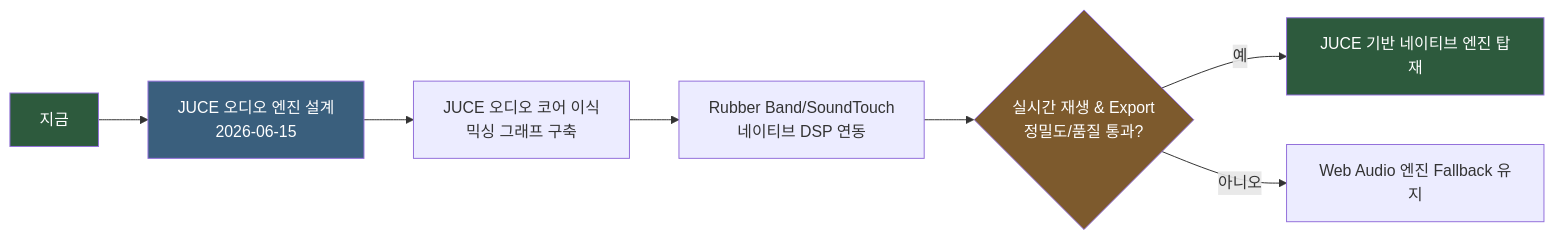
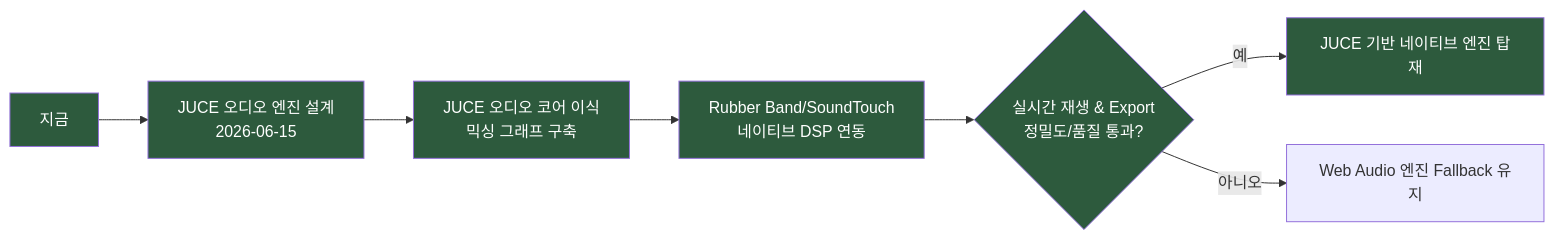
The fifth of 5 diagrams in 개발-프로세스.md (limsunglyong/FocusDAW-Studio), drawn with Mermaid before and after one commit. The commit also changed other lines of this file and 5 other files, not shown here.

````diff
--- a/개발-프로세스.md
+++ b/개발-프로세스.md
@@ -184,14 +172,16 @@
 ```mermaid
 flowchart LR
     NOW["지금"] --> JUCE_DESIGN[JUCE 오디오 엔진 설계<br/>2026-06-15]
     JUCE_DESIGN --> JUCE_BUILD[JUCE 오디오 코어 이식<br/>믹싱 그래프 구축]
     JUCE_BUILD --> JUCE_DSP[Rubber Band/SoundTouch<br/>네이티브 DSP 연동]
     JUCE_DSP --> JUCE_TEST{실시간 재생 & Export<br/>정밀도/품질 통과?}
     JUCE_TEST -->|예| JUCE_RELEASE[JUCE 기반 네이티브 엔진 탑재]
     JUCE_TEST -->|아니오| JUCE_FALLBACK[Web Audio 엔진 Fallback 유지]
 
     style NOW fill:#2d5a3d,color:#fff
-    style JUCE_DESIGN fill:#3a5f7d,color:#fff
-    style JUCE_TEST fill:#7d5a2d,color:#fff
+    style JUCE_DESIGN fill:#2d5a3d,color:#fff
+    style JUCE_BUILD fill:#2d5a3d,color:#fff
+    style JUCE_DSP fill:#2d5a3d,color:#fff
+    style JUCE_TEST fill:#2d5a3d,color:#fff
     style JUCE_RELEASE fill:#2d5a3d,color:#fff
 ```
````
